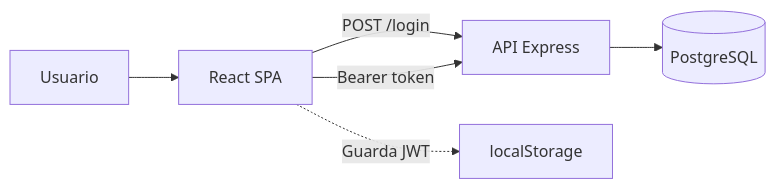
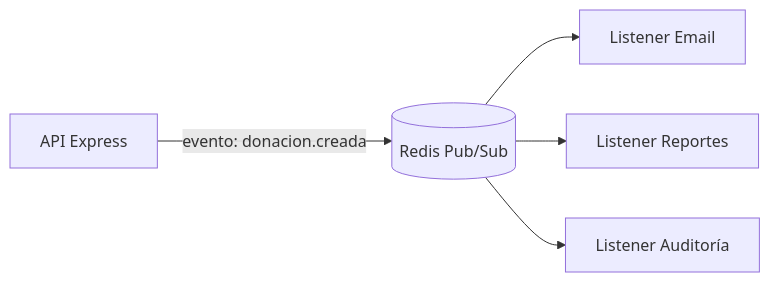
Before and after one commit to Umbingelelo/ejercicios-portafolio_titulo-001V: the sixth of 14 diagrams in Ejercicio_6_Patrones_Arquitectura_y_Despliegue.md, drawn with Mermaid. The commit also changed other lines of this file, not shown here.

````diff
--- a/Ejercicio_6_Patrones_Arquitectura_y_Despliegue.md
+++ b/Ejercicio_6_Patrones_Arquitectura_y_Despliegue.md
@@ -1715,8 +1124,7 @@
 ```mermaid
 flowchart LR
-    U[Usuario] --> R[React SPA]
-    R -->|POST /login| API[API Express]
-    API --> DB[(PostgreSQL)]
-    R -->|Bearer token| API
-    R -.->|Guarda JWT| LS[localStorage]
+    API[API Express] -->|evento: donacion.creada| BUS[(Redis Pub/Sub)]
+    BUS --> L1[Listener Email]
+    BUS --> L2[Listener Reportes]
+    BUS --> L3[Listener Auditoría]
 ```
````
